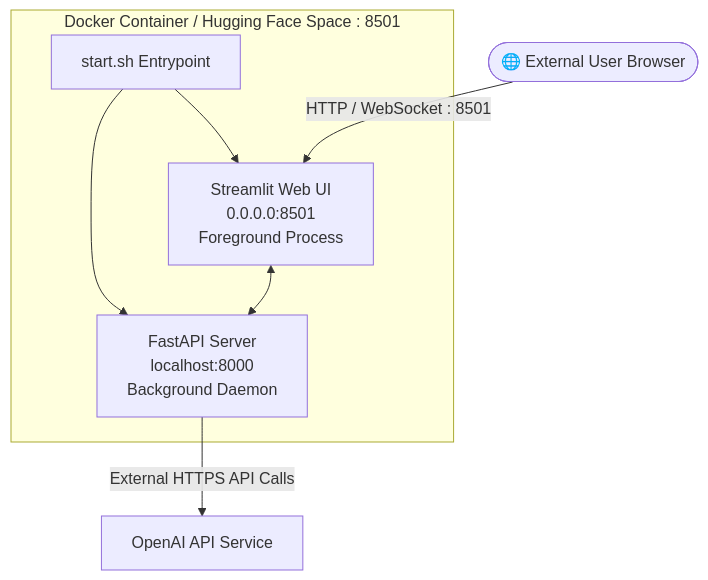
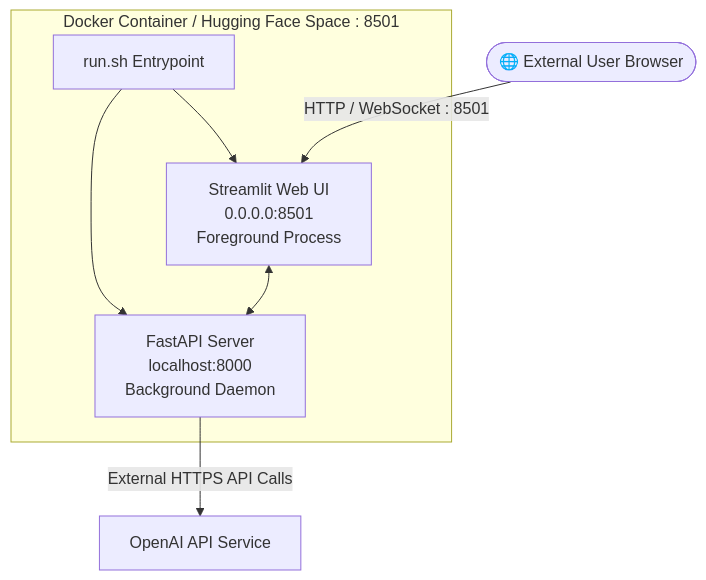
The diagram in docs/DEPLOYMENT.md (dreww01/resume-maker), drawn with Mermaid before and after one commit.

Commit message:
docs(deployment): update architecture diagram entrypoint (resolves #REV-12)

````diff
--- a/docs/DEPLOYMENT.md
+++ b/docs/DEPLOYMENT.md
@@ -11,12 +11,12 @@
 ```mermaid
 flowchart TD
     subgraph Container [Docker Container / Hugging Face Space : 8501]
-        Start[start.sh Entrypoint]
+        Start[run.sh Entrypoint]
         Start --> FastAPIService[FastAPI Server\nlocalhost:8000\nBackground Daemon]
         Start --> StreamlitApp[Streamlit Web UI\n0.0.0.0:8501\nForeground Process]
         StreamlitApp <--> FastAPIService
     end
 
     Client([🌐 External User Browser]) -->|HTTP / WebSocket : 8501| StreamlitApp
     FastAPIService -->|External HTTPS API Calls| OpenAI[OpenAI API Service]
 ```
````
